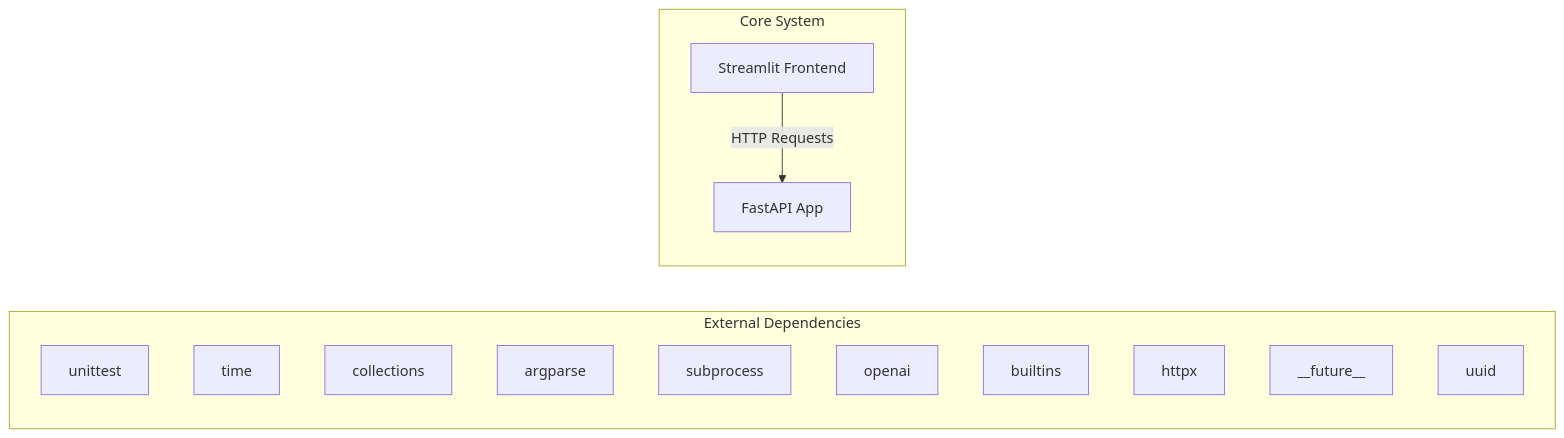
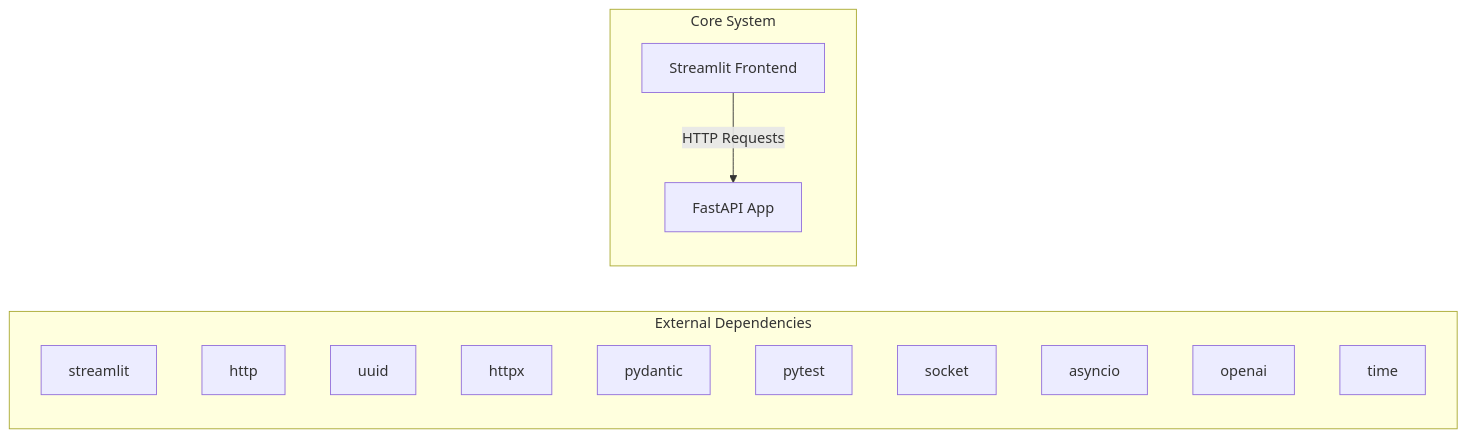
The first of 2 diagrams in docs/architecture.md (NITISH-R-G/rag-context-optimizer), drawn with Mermaid before and after one commit. The commit also changed 1 other file, not shown here.

Commit message:
docs: auto-update repository knowledge, architecture diagrams, and documentation

````diff
--- a/docs/architecture.md
+++ b/docs/architecture.md
@@ -7,20 +7,20 @@
 ```mermaid
 graph LR
     subgraph External Dependencies
-        E0["unittest"]
-        E1["time"]
-        E2["collections"]
-        E3["argparse"]
-        E4["subprocess"]
-        E5["openai"]
-        E6["builtins"]
-        E7["httpx"]
-        E8["__future__"]
-        E9["uuid"]
+        E0["streamlit"]
+        E1["http"]
+        E2["uuid"]
+        E3["httpx"]
+        E4["pydantic"]
+        E5["pytest"]
+        E6["socket"]
+        E7["asyncio"]
+        E8["openai"]
+        E9["time"]
     end
     subgraph Core System
         API["FastAPI App"]
         UI["Streamlit Frontend"]
     end
     UI -->|HTTP Requests| API
 ```
````
